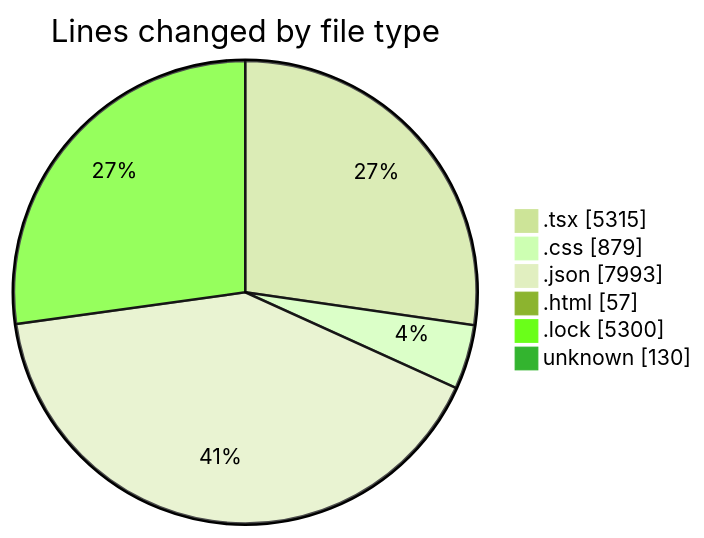
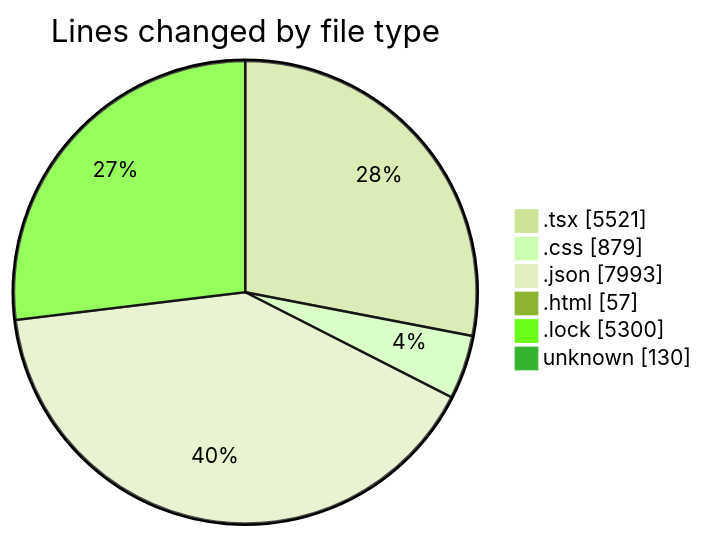
One commit to EIIisD/code-tracking changed the first of 2 diagrams in 2025-08-12/ribbon/README.md. Above: the diagram before and after it, drawn with Mermaid (forest theme). The commit also changed other lines of this file and 1 other file, not shown here.

````diff
--- a/2025-08-12/ribbon/README.md
+++ b/2025-08-12/ribbon/README.md
@@ -44,10 +45,10 @@
 ```mermaid
 pie showData
 title Lines changed by file type
-".tsx" : 5315
+".tsx" : 5521
 ".css" : 879
 ".json" : 7993
 ".html" : 57
 ".lock" : 5300
 "unknown" : 130
 ```
````
